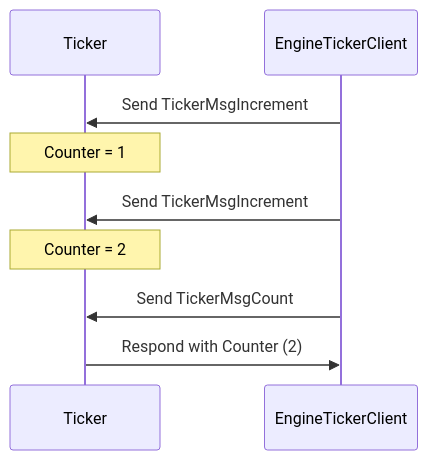
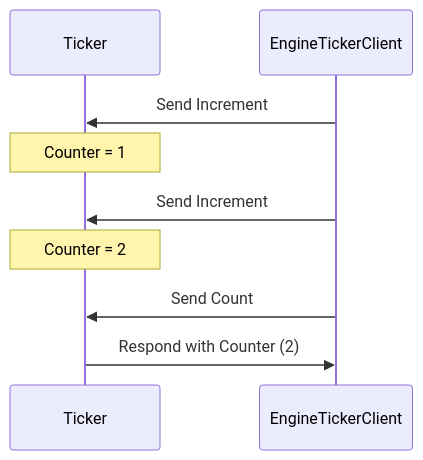
One commit to anoma/nspec changed the diagram in docs/arch/node/engines/ticker_messages.juvix.md. Above: the diagram before and after it, drawn with Mermaid. The commit also changed other lines of this file and 42 other files, not shown here.

````diff
--- a/docs/arch/node/engines/ticker_messages.juvix.md
+++ b/docs/arch/node/engines/ticker_messages.juvix.md
@@ -69,14 +69,14 @@
 ```mermaid
 sequenceDiagram
     participant Ticker
     participant EngineTickerClient
 
-    EngineTickerClient ->> Ticker: Send TickerMsgIncrement
+    EngineTickerClient ->> Ticker: Send Increment
     Note over Ticker: Counter = 1
 
-    EngineTickerClient ->> Ticker: Send TickerMsgIncrement
+    EngineTickerClient ->> Ticker: Send Increment
     Note over Ticker: Counter = 2
 
-    EngineTickerClient ->> Ticker: Send TickerMsgCount
+    EngineTickerClient ->> Ticker: Send Count
     Ticker ->> EngineTickerClient: Respond with Counter (2)
 ```
````
